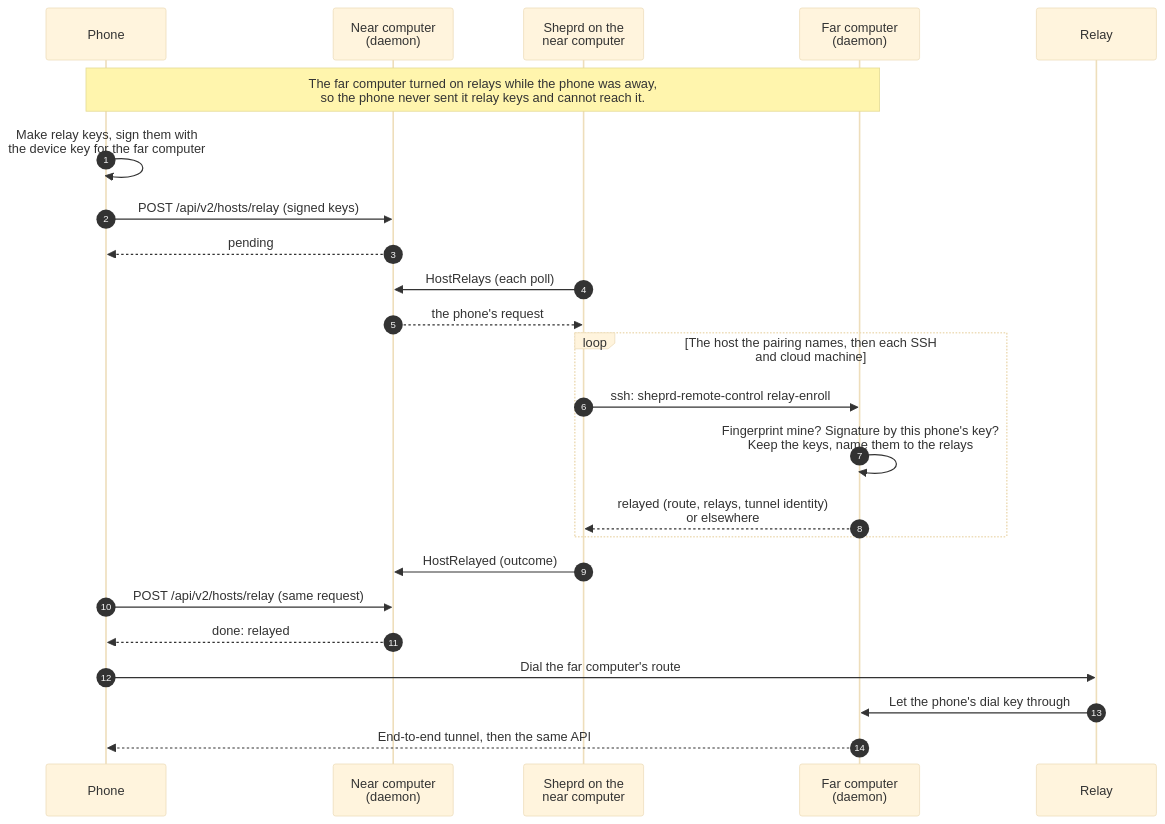
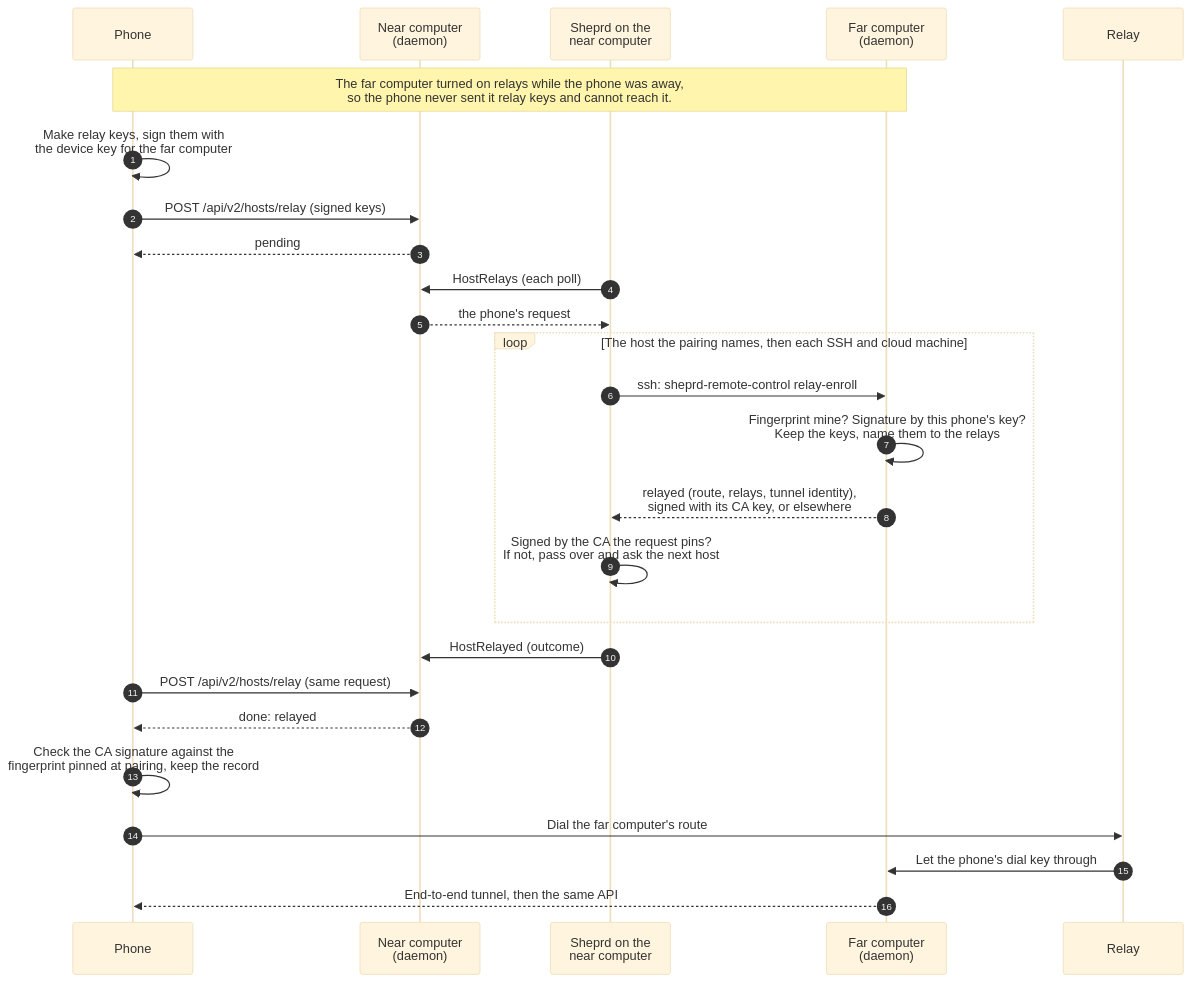
One commit to Battlelamb/sheprd changed the diagram in docs/relay-plan.md. Above: the diagram before and after it, drawn with Mermaid (base theme). The commit also changed other lines of this file and 18 other files, not shown here.

````diff
--- a/docs/relay-plan.md
+++ b/docs/relay-plan.md
@@ -722,26 +724,28 @@
 ```mermaid
 sequenceDiagram
     autonumber
     participant P as Phone
     participant N as Near computer<br/>(daemon)
     participant S as Sheprd on the<br/>near computer
     participant F as Far computer<br/>(daemon)
     participant R as Relay
     Note over P,F: The far computer turned on relays while the phone was away,<br/>so the phone never sent it relay keys and cannot reach it.
     P->>P: Make relay keys, sign them with<br/>the device key for the far computer
     P->>N: POST /api/v2/hosts/relay (signed keys)
     N-->>P: pending
     S->>N: HostRelays (each poll)
     N-->>S: the phone's request
     loop The host the pairing names, then each SSH and cloud machine
         S->>F: ssh: sheprd-remote-control relay-enroll
         F->>F: Fingerprint mine? Signature by this phone's key?<br/>Keep the keys, name them to the relays
-        F-->>S: relayed (route, relays, tunnel identity)<br/>or elsewhere
+        F-->>S: relayed (route, relays, tunnel identity),<br/>signed with its CA key, or elsewhere
+        S->>S: Signed by the CA the request pins?<br/>If not, pass over and ask the next host
     end
     S->>N: HostRelayed (outcome)
     P->>N: POST /api/v2/hosts/relay (same request)
     N-->>P: done: relayed
+    P->>P: Check the CA signature against the<br/>fingerprint pinned at pairing, keep the record
     P->>R: Dial the far computer's route
     R->>F: Let the phone's dial key through
     F-->>P: End-to-end tunnel, then the same API
 ```
````
